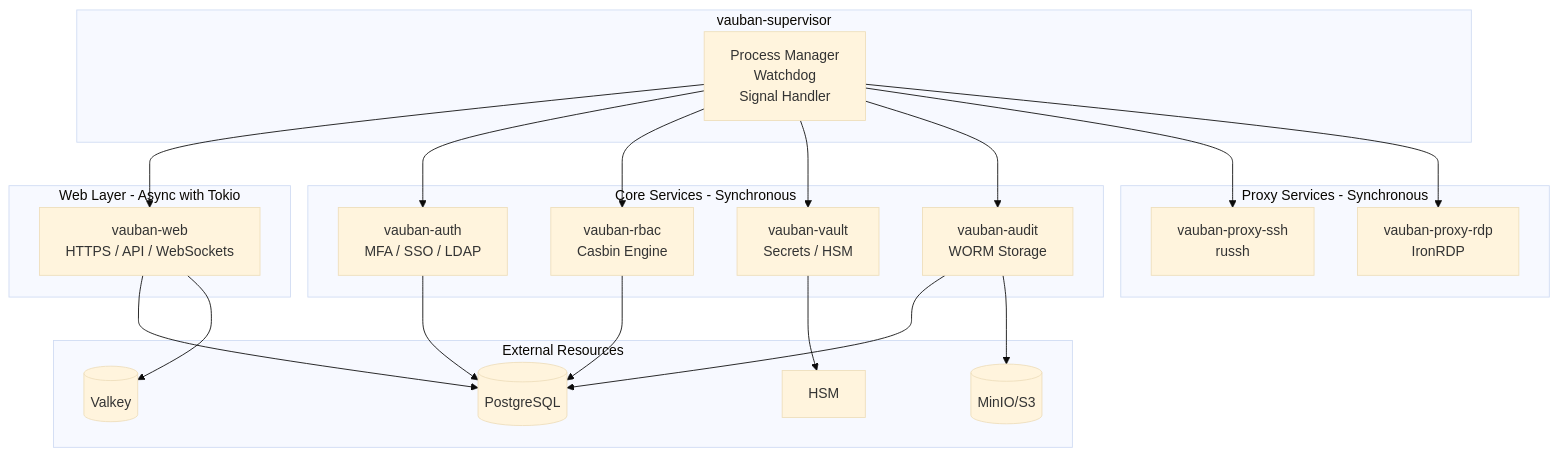
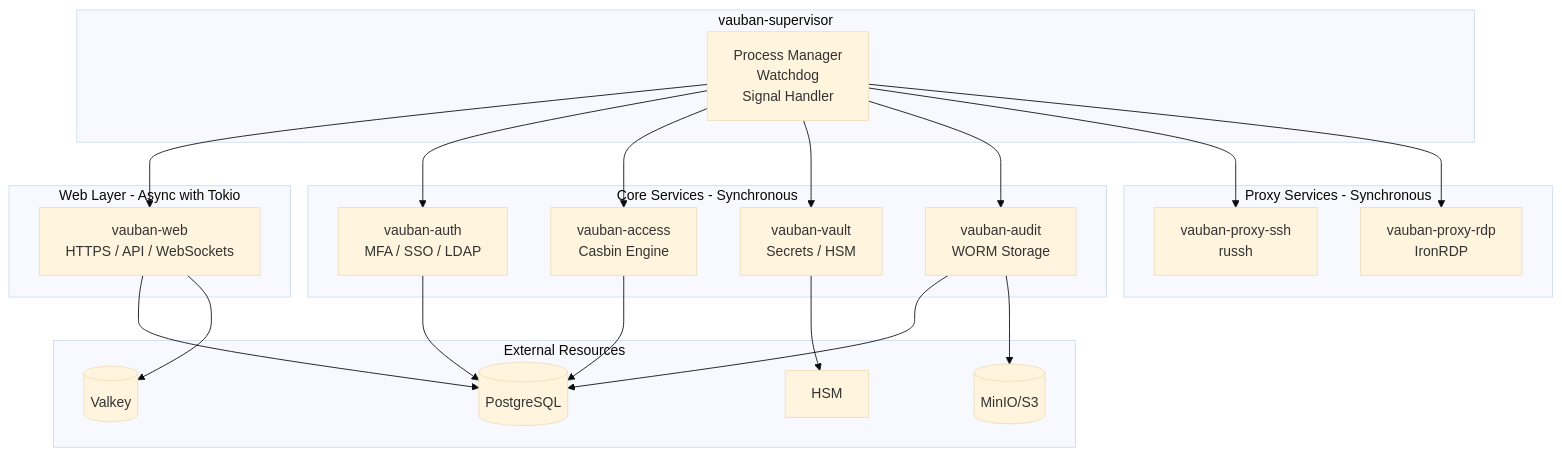
The first of 7 diagrams in docs/technical/Vauban_Privsep_Architecture_EN(1.0).md (rbenaley/Vauban), drawn with Mermaid (base theme) before and after one commit. The commit also changed other lines of this file and 140 other files, not shown here.

First line of the commit message:
feat!: vauban 0.4.0 - instance-level access control with service isolation

````diff
--- a/docs/technical/Vauban_Privsep_Architecture_EN(1.0).md
+++ b/docs/technical/Vauban_Privsep_Architecture_EN(1.0).md
@@ -65,45 +65,45 @@
 ```mermaid
 flowchart TB
     subgraph supervisor [vauban-supervisor]
         S["Process Manager<br/>Watchdog<br/>Signal Handler"]
     end
 
     subgraph web_layer [Web Layer - Async with Tokio]
         Web["vauban-web<br/>HTTPS / API / WebSockets"]
     end
 
     subgraph core_services [Core Services - Synchronous]
         Auth["vauban-auth<br/>MFA / SSO / LDAP"]
-        Rbac["vauban-rbac<br/>Casbin Engine"]
+        Access["vauban-access<br/>Casbin Engine"]
         Vault["vauban-vault<br/>Secrets / HSM"]
         Audit["vauban-audit<br/>WORM Storage"]
     end
 
     subgraph proxy_services [Proxy Services - Synchronous]
         SSH["vauban-proxy-ssh<br/>russh"]
         RDP["vauban-proxy-rdp<br/>IronRDP"]
     end
 
     subgraph external [External Resources]
         DB[(PostgreSQL)]
         Cache[(Valkey)]
         S3[(MinIO/S3)]
         HSM[HSM]
     end
 
     S --> Web
     S --> Auth
-    S --> Rbac
+    S --> Access
     S --> Vault
     S --> Audit
     S --> SSH
     S --> RDP
 
     Web --> DB
     Web --> Cache
     Auth --> DB
-    Rbac --> DB
+    Access --> DB
     Audit --> DB
     Audit --> S3
     Vault --> HSM
 ```
````
